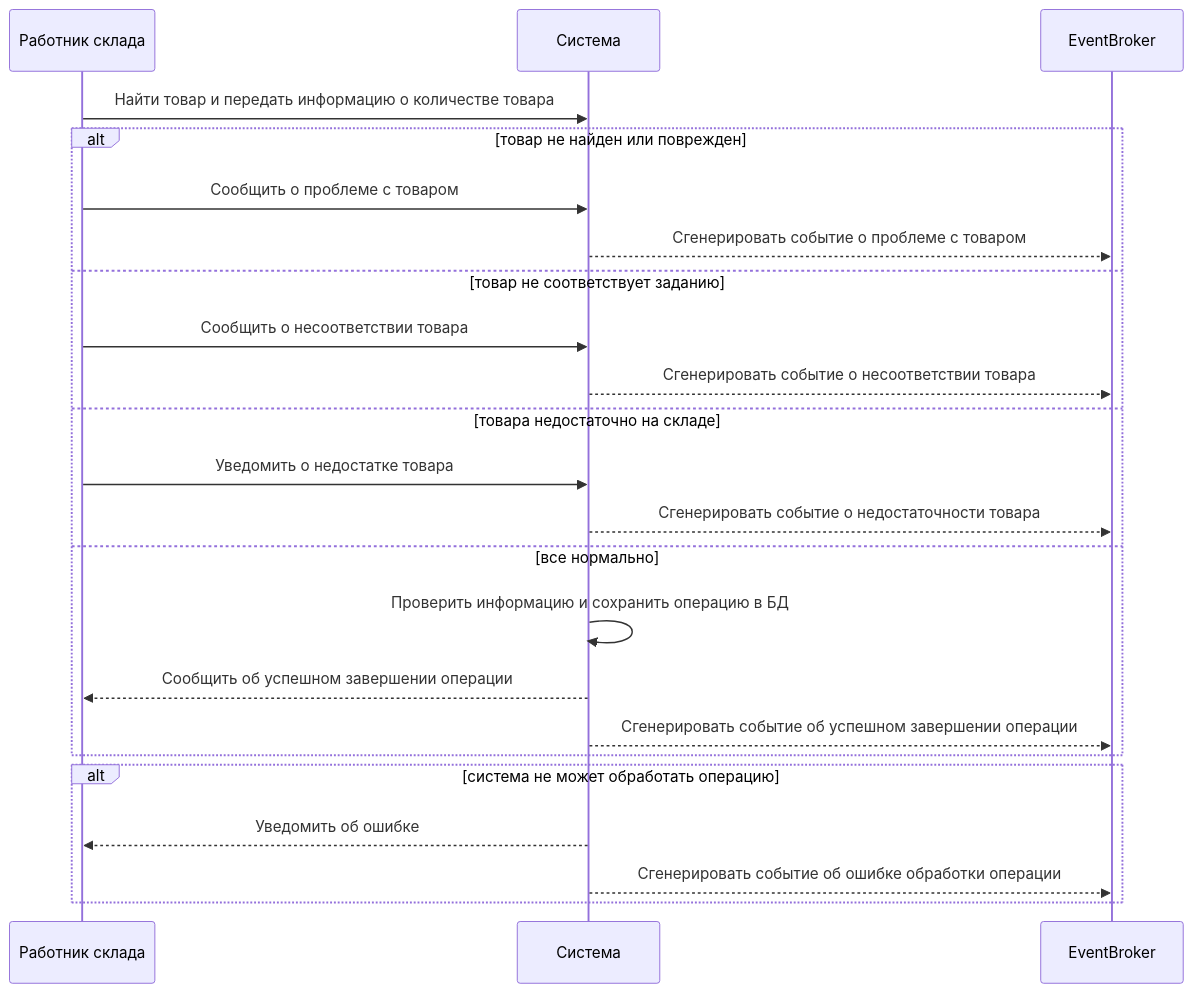
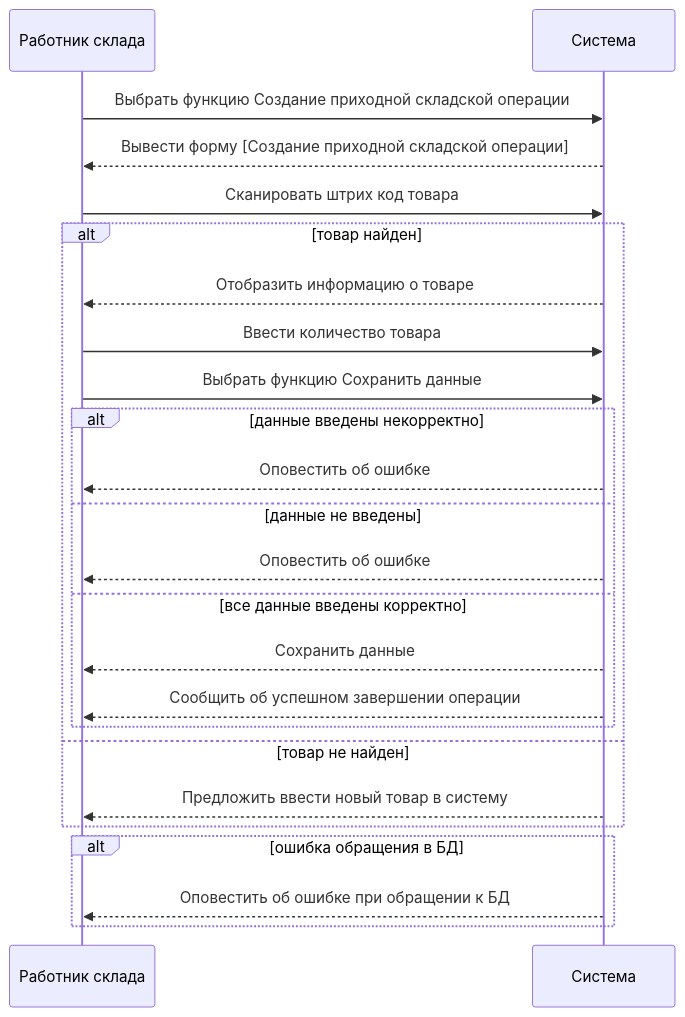
Before and after one commit to PortnovAlex80/node_js_pro: the second of 2 diagrams in api-warehouse/DraftReadme.md, drawn with Mermaid. The commit also changed other lines of this file, not shown here.

````diff
--- a/api-warehouse/DraftReadme.md
+++ b/api-warehouse/DraftReadme.md
@@ -203,26 +99,26 @@
 ```mermaid
 sequenceDiagram
-participant RS as Работник склада
+participant R as Работник склада
 participant S as Система
-participant B as EventBroker
-
-RS ->> S: Найти товар и передать информацию о количестве товара
-alt товар не найден или поврежден
-    RS ->> S: Сообщить о проблеме с товаром
-    S -->> B: Сгенерировать событие о проблеме с товаром
-else товар не соответствует заданию
-    RS ->> S: Сообщить о несоответствии товара
-    S -->> B: Сгенерировать событие о несоответствии товара
-else товара недостаточно на складе
-    RS ->> S: Уведомить о недостатке товара
-    S -->> B: Сгенерировать событие о недостаточности товара
-else все нормально
-    S ->> S: Проверить информацию и сохранить операцию в БД
-    S -->> RS: Сообщить об успешном завершении операции
-    S -->> B: Сгенерировать событие об успешном завершении операции
+R ->> S: Выбрать функцию Создание приходной складской операции
+S -->> R: Вывести форму [Создание приходной складской операции]
+R ->> S: Сканировать штрих код товара
+alt товар найден
+    S -->> R: Отобразить информацию о товаре
+    R ->> S: Ввести количество товара
+    R ->> S: Выбрать функцию Сохранить данные
+    alt данные введены некорректно
+        S -->> R: Оповестить об ошибке
+    else данные не введены
+        S -->> R: Оповестить об ошибке
+    else все данные введены корректно
+        S -->> R: Сохранить данные
+        S -->> R: Сообщить об успешном завершении операции
+    end
+else товар не найден
+    S -->> R: Предложить ввести новый товар в систему
 end
-alt система не может обработать операцию
-    S -->> RS: Уведомить об ошибке
-        S -->> B: Сгенерировать событие об ошибке обработки операции
+alt ошибка обращения в БД
+    S -->> R: Оповестить об ошибке при обращении к БД
 end
 ```
````
